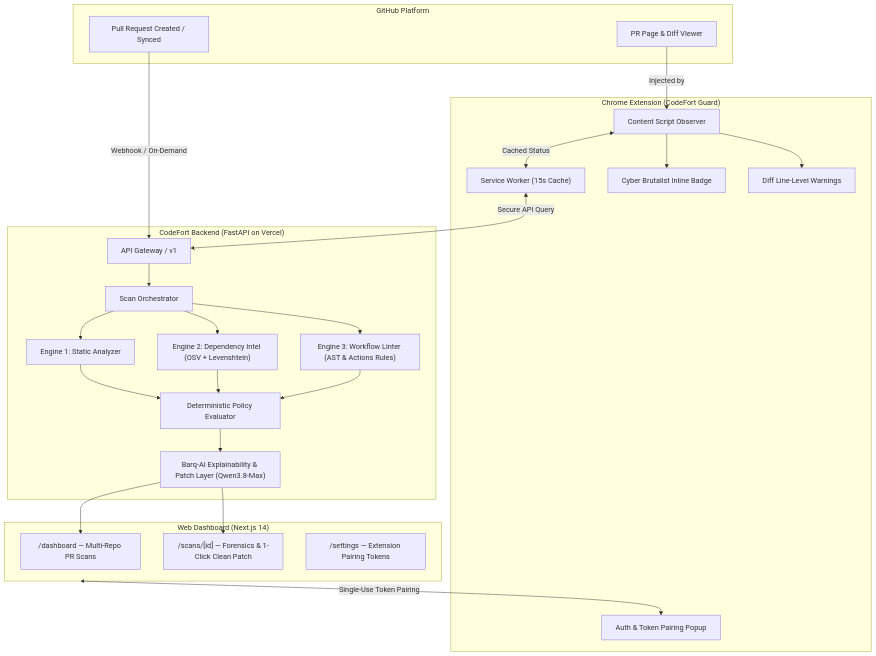
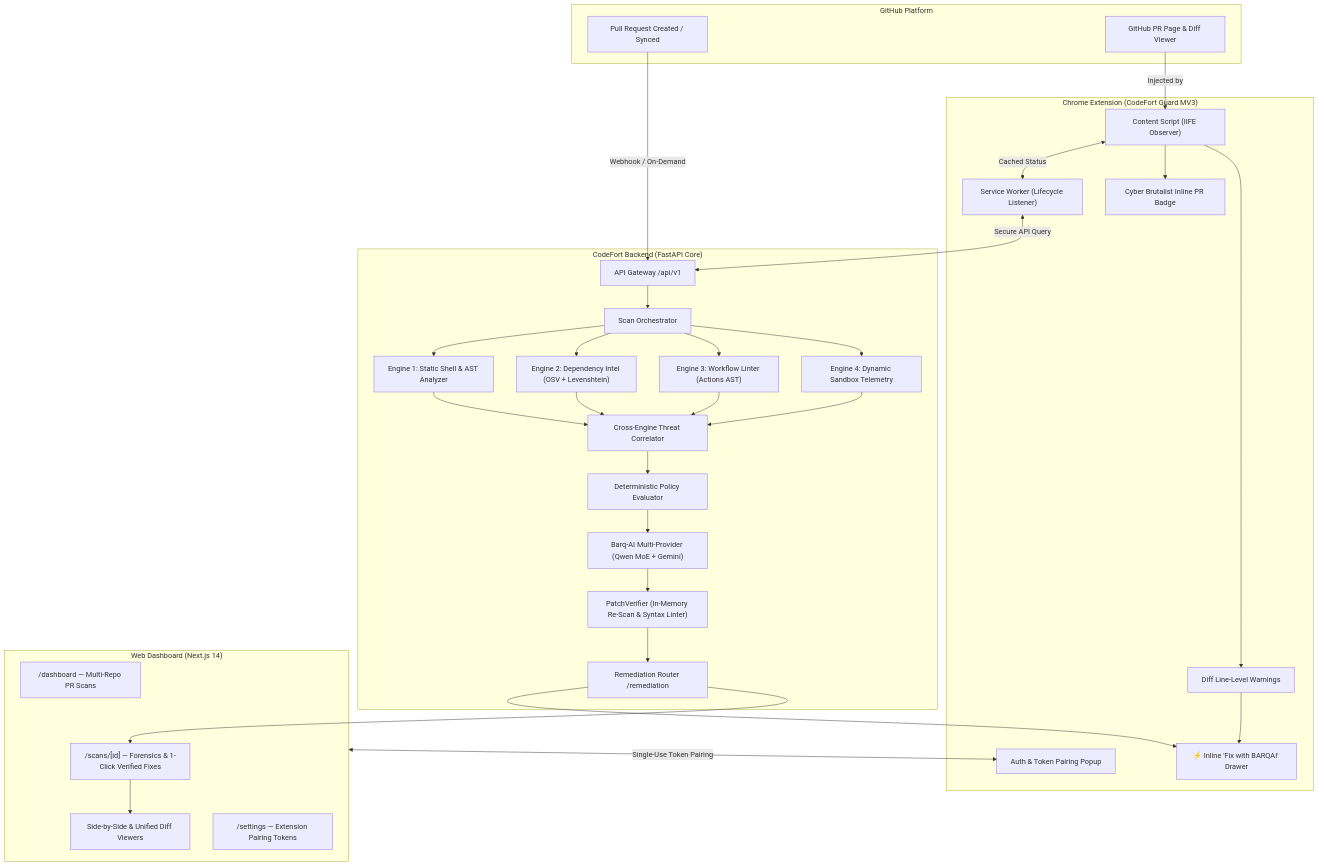
The diagram in README.md (codefort-sec/codefort), drawn with Mermaid before and after one commit. The commit also changed other lines of this file, not shown here.

Commit message:
docs: revamp README with complete architecture, 10 pillars, multi-model benchmark, and remediation docs

````diff
--- a/README.md
+++ b/README.md
@@ -100,46 +121,58 @@
 ```mermaid
 flowchart TD
     subgraph GitHub["GitHub Platform"]
         PR["Pull Request Created / Synced"]
-        DOM["PR Page & Diff Viewer"]
+        DOM["GitHub PR Page & Diff Viewer"]
     end
 
-    subgraph Chrome["Chrome Extension (CodeFort Guard)"]
-        SW["Service Worker (15s Cache)"]
-        CS["Content Script Observer"]
-        Badge["Cyber Brutalist Inline Badge"]
+    subgraph Chrome["Chrome Extension (CodeFort Guard MV3)"]
+        SW["Service Worker (Lifecycle Listener)"]
+        CS["Content Script (IIFE Observer)"]
+        Badge["Cyber Brutalist Inline PR Badge"]
         LineWarn["Diff Line-Level Warnings"]
+        Drawer["⚡ Inline 'Fix with BARQAI' Drawer"]
         Popup["Auth & Token Pairing Popup"]
     end
 
-    subgraph Cloud["CodeFort Backend (FastAPI on Vercel)"]
-        Router["API Gateway / v1"]
+    subgraph Cloud["CodeFort Backend (FastAPI Core)"]
+        Router["API Gateway /api/v1"]
+        RemedRouter["Remediation Router /remediation"]
         Orch["Scan Orchestrator"]
-        SE1["Engine 1: Static Analyzer"]
+        SE1["Engine 1: Static Shell & AST Analyzer"]
         SE2["Engine 2: Dependency Intel (OSV + Levenshtein)"]
-        SE3["Engine 3: Workflow Linter (AST & Actions Rules)"]
+        SE3["Engine 3: Workflow Linter (Actions AST)"]
+        SE4["Engine 4: Dynamic Sandbox Telemetry"]
+        Corr["Cross-Engine Threat Correlator"]
         Pol["Deterministic Policy Evaluator"]
-        BARQ["Barq-AI Explainability & Patch Layer (Qwen3.8-Max)"]
+        BARQ["Barq-AI Multi-Provider (Qwen MoE + Gemini)"]
+        PV["PatchVerifier (In-Memory Re-Scan & Syntax Linter)"]
     end
 
     subgraph Web["Web Dashboard (Next.js 14)"]
         Dash["/dashboard — Multi-Repo PR Scans"]
-        Foren["/scans/[id] — Forensics & 1-Click Clean Patch"]
+        Foren["/scans/[id] — Forensics & 1-Click Verified Fixes"]
+        DiffView["Side-by-Side & Unified Diff Viewers"]
         Sett["/settings — Extension Pairing Tokens"]
     end
 
     PR -->|Webhook / On-Demand| Router
     DOM -->|Injected by| CS
     CS <-->|Cached Status| SW
     SW <-->|Secure API Query| Router
     CS --> Badge
     CS --> LineWarn
+    LineWarn --> Drawer
 
     Router --> Orch
-    Orch --> SE1 & SE2 & SE3
-    SE1 & SE2 & SE3 --> Pol
+    Orch --> SE1 & SE2 & SE3 & SE4
+    SE1 & SE2 & SE3 & SE4 --> Corr
+    Corr --> Pol
     Pol --> BARQ
-    BARQ --> Dash & Foren
+    BARQ --> PV
+    PV --> RemedRouter
+    RemedRouter --> Drawer
+    RemedRouter --> Foren
+    Foren --> DiffView
 
     Web <-->|Single-Use Token Pairing| Popup
 ```
````
